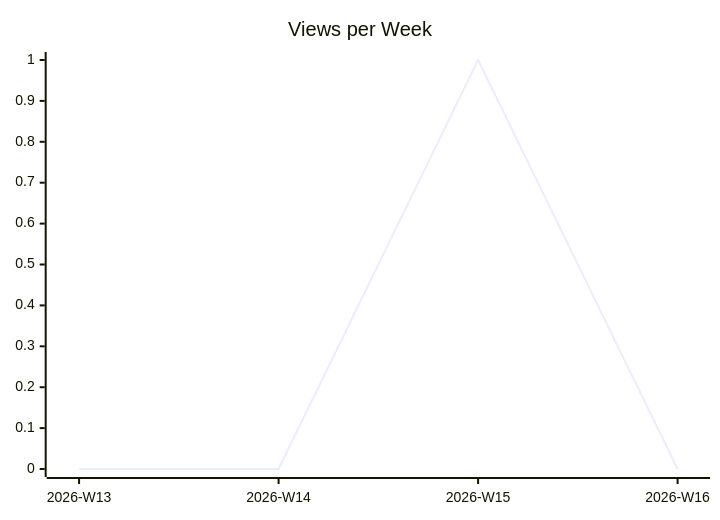
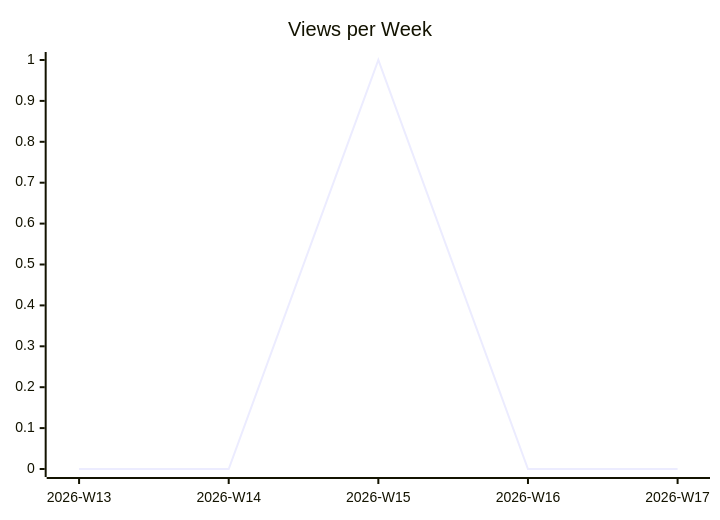
Before and after one commit to justdavis-family/github-analytics-data: the second of 3 diagrams in karlmdavis/obsidian-operator/README.md, drawn with Mermaid. The commit also changed other lines of this file and 198 other files, not shown here.

````diff
--- a/karlmdavis/obsidian-operator/README.md
+++ b/karlmdavis/obsidian-operator/README.md
@@ -12,6 +12,6 @@
 ```mermaid
 xychart-beta
   title "Views per Week"
-  x-axis ["2026-W13", "2026-W14", "2026-W15", "2026-W16"]
-  line [0, 0, 1, 0]
+  x-axis ["2026-W13", "2026-W14", "2026-W15", "2026-W16", "2026-W17"]
+  line [0, 0, 1, 0, 0]
 ```
````
